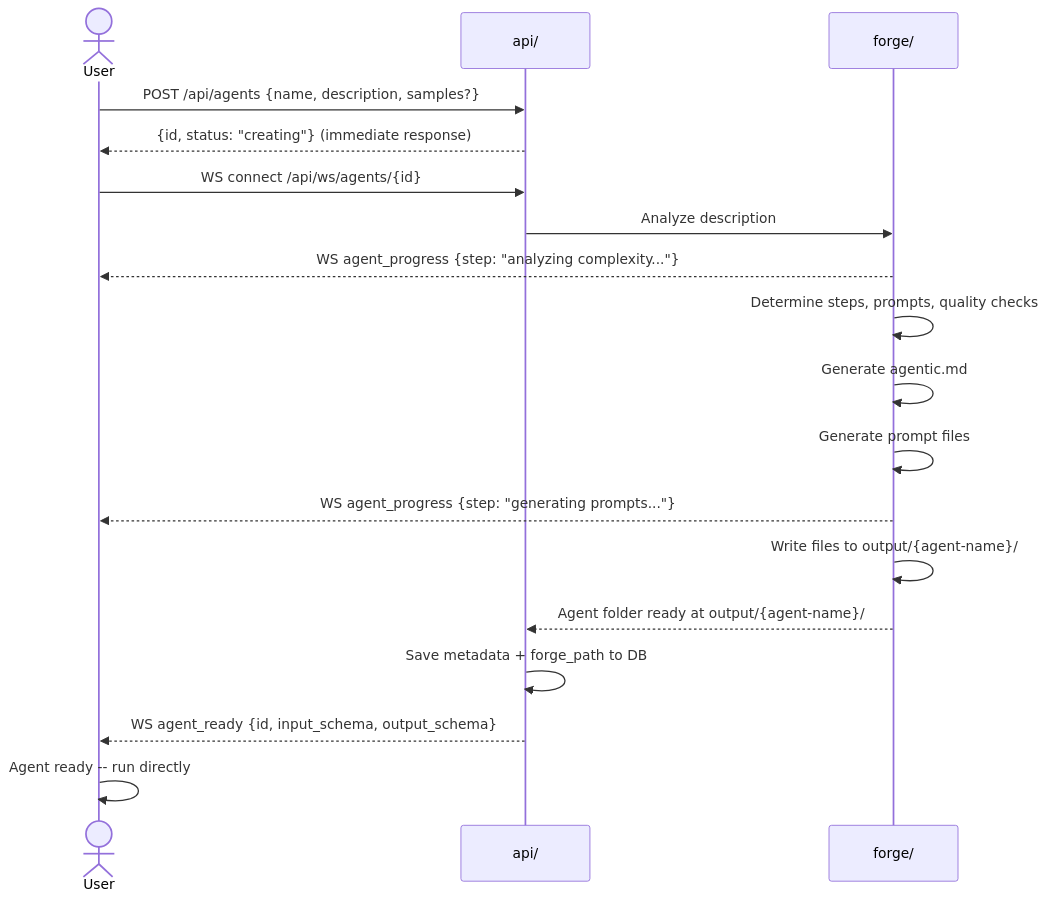
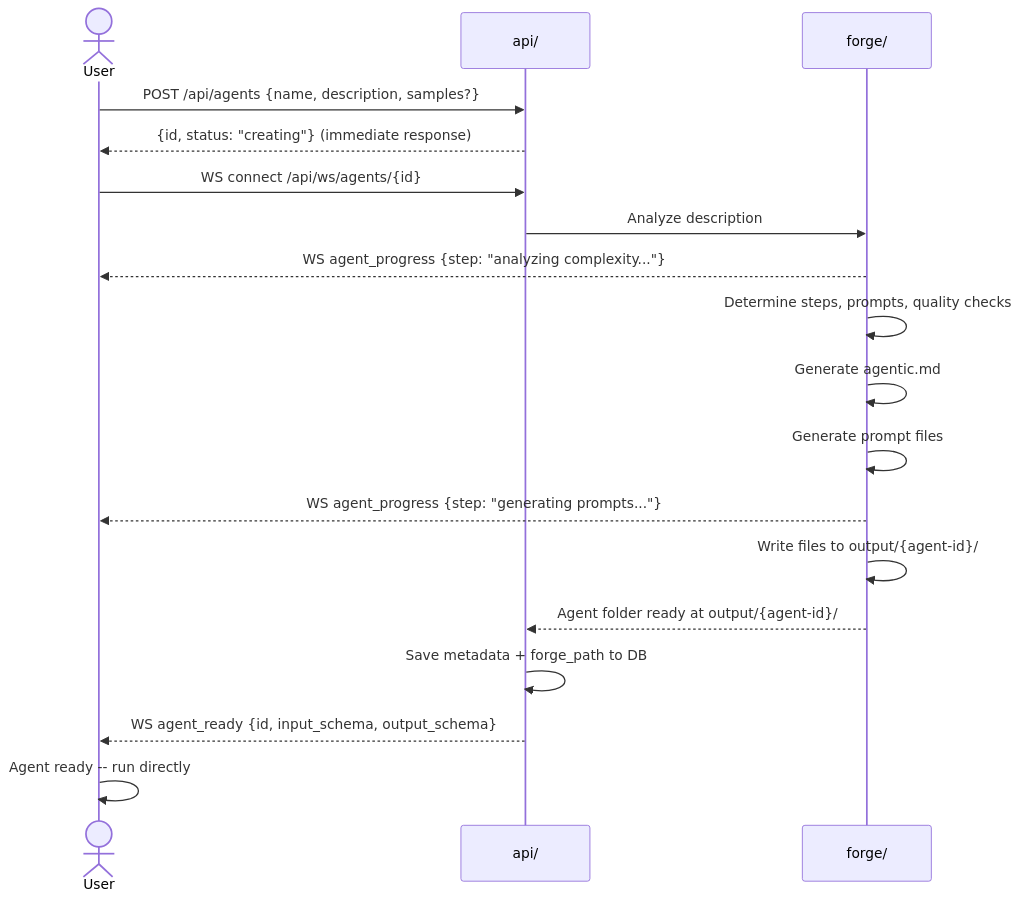
One commit to santiagomd11/Agent-Forge changed the second of 8 diagrams in api/docs/PHASE_A_AGENTS.md. Above: the diagram before and after it, drawn with Mermaid. The commit also changed other lines of this file and 16 other files, not shown here.

First line of the commit message:
Add forge API integration: agent service, run execution, ID-based folders, and delete cleanup

````diff
--- a/api/docs/PHASE_A_AGENTS.md
+++ b/api/docs/PHASE_A_AGENTS.md
@@ -108,23 +110,23 @@
 ```mermaid
 sequenceDiagram
     actor User
     participant API as api/
     participant Forge as forge/
 
     User->>API: POST /api/agents {name, description, samples?}
     API-->>User: {id, status: "creating"} (immediate response)
     User->>API: WS connect /api/ws/agents/{id}
 
     API->>Forge: Analyze description
     Forge-->>User: WS agent_progress {step: "analyzing complexity..."}
     Forge->>Forge: Determine steps, prompts, quality checks
     Forge->>Forge: Generate agentic.md
     Forge->>Forge: Generate prompt files
     Forge-->>User: WS agent_progress {step: "generating prompts..."}
-    Forge->>Forge: Write files to output/{agent-name}/
+    Forge->>Forge: Write files to output/{agent-id}/
 
-    Forge-->>API: Agent folder ready at output/{agent-name}/
+    Forge-->>API: Agent folder ready at output/{agent-id}/
     API->>API: Save metadata + forge_path to DB
     API-->>User: WS agent_ready {id, input_schema, output_schema}
     User->>User: Agent ready -- run directly
 ```
````
